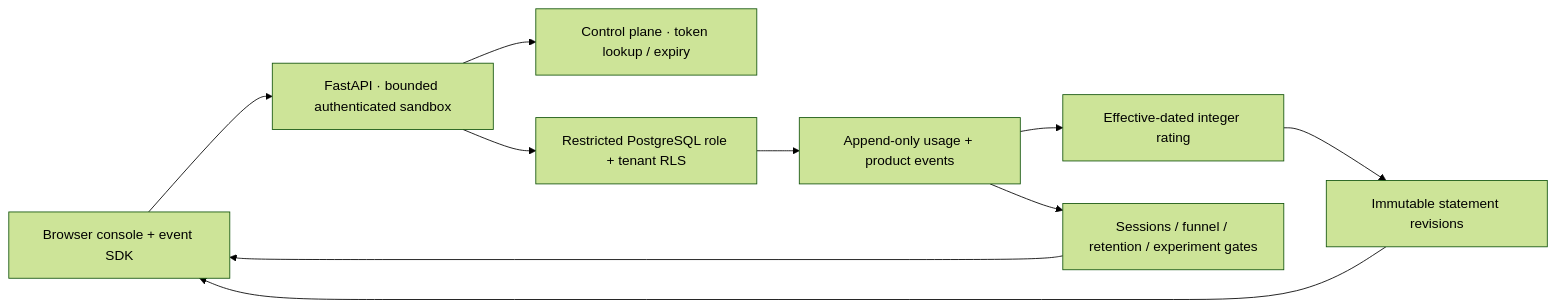
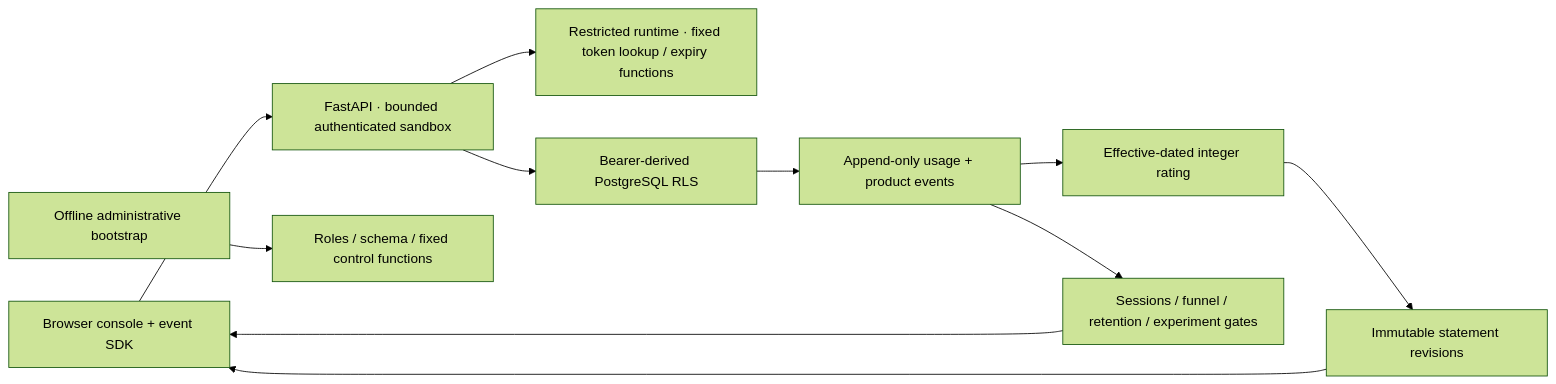
Before and after one commit to VasilenData/usage-metering-platform: the diagram in README.md, drawn with Mermaid (forest theme). The commit also changed other lines of this file and 22 other files, not shown here.

````diff
--- a/README.md
+++ b/README.md
@@ -28,12 +31,13 @@
 ```mermaid
 flowchart LR
   UI[Browser console + event SDK] --> API[FastAPI · bounded authenticated sandbox]
-  API --> AUTH[Control plane · token lookup / expiry]
-  API --> RLS[Restricted PostgreSQL role + tenant RLS]
+  BOOT[Offline administrative bootstrap] --> DB[Roles / schema / fixed control functions]
+  API --> AUTH[Restricted runtime · fixed token lookup / expiry functions]
+  API --> RLS[Bearer-derived PostgreSQL RLS]
   RLS --> LEDGER[Append-only usage + product events]
   LEDGER --> RATE[Effective-dated integer rating]
   RATE --> STMT[Immutable statement revisions]
   LEDGER --> PRODUCT[Sessions / funnel / retention / experiment gates]
   STMT --> UI
   PRODUCT --> UI
 ```
````
